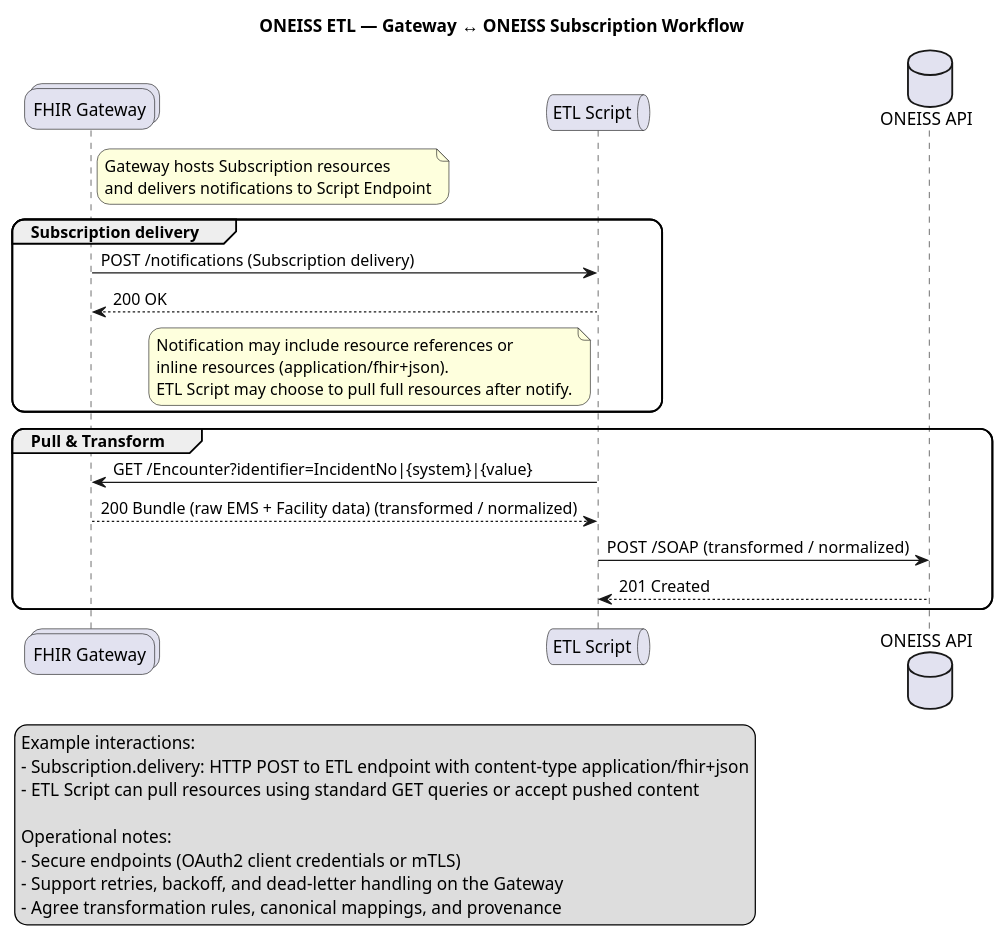
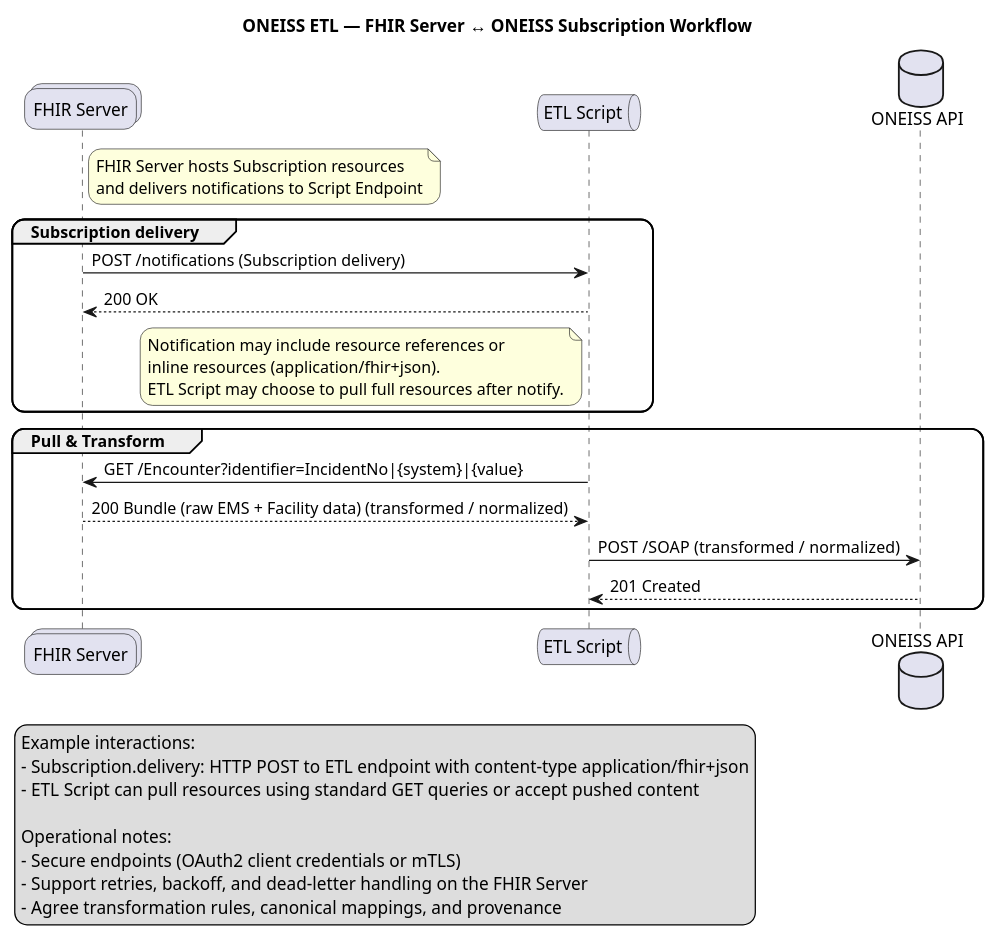
The diagram in input/images-source/intro-1e-oneiss-etl.plantuml (UPM-NTHC/PH-RoadSafetyIG), drawn with PlantUML before and after one commit. The commit also changed 6 other files, not shown here.

First line of the commit message:
docs(plantuml): rename Gateway to FHIR Server in intro diagrams

```diff
--- a/input/images-source/intro-1e-oneiss-etl.plantuml
+++ b/input/images-source/intro-1e-oneiss-etl.plantuml
@@ -1,44 +1,44 @@
 @startuml
-title ONEISS ETL — Gateway ↔ ONEISS Subscription Workflow
+title ONEISS ETL — FHIR Server ↔ ONEISS Subscription Workflow
 skinparam actorStyle awesome
 skinparam roundcorner 20
-collections FHIR as "FHIR Gateway"
+collections FHIR as "FHIR Server"
 queue ETL as "ETL Script"
 database ONEISS as "ONEISS API"
 
 note right of FHIR
-Gateway hosts Subscription resources
+FHIR Server hosts Subscription resources
 and delivers notifications to Script Endpoint
 end note
 
 group Subscription delivery
     FHIR -> ETL : POST /notifications (Subscription delivery)
     ETL --> FHIR : 200 OK
 
     note left of ETL
     Notification may include resource references or
     inline resources (application/fhir+json).
     ETL Script may choose to pull full resources after notify.
     end note
 end
 
 group Pull & Transform
     ETL -> FHIR : GET /Encounter?identifier=IncidentNo|{system}|{value}
     FHIR --> ETL : 200 Bundle (raw EMS + Facility data) (transformed / normalized)
 
     ETL -> ONEISS : POST /SOAP  (transformed / normalized)
     ONEISS --> ETL : 201 Created
 end
 
 legend left
 Example interactions:
 - Subscription.delivery: HTTP POST to ETL endpoint with content-type application/fhir+json
 - ETL Script can pull resources using standard GET queries or accept pushed content
 
 Operational notes:
 - Secure endpoints (OAuth2 client credentials or mTLS)
-- Support retries, backoff, and dead-letter handling on the Gateway
+- Support retries, backoff, and dead-letter handling on the FHIR Server
 - Agree transformation rules, canonical mappings, and provenance
 endlegend
 
 @enduml
```
